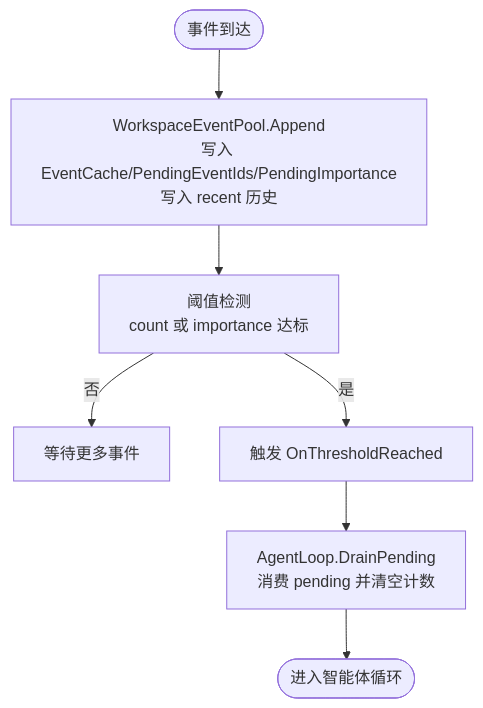
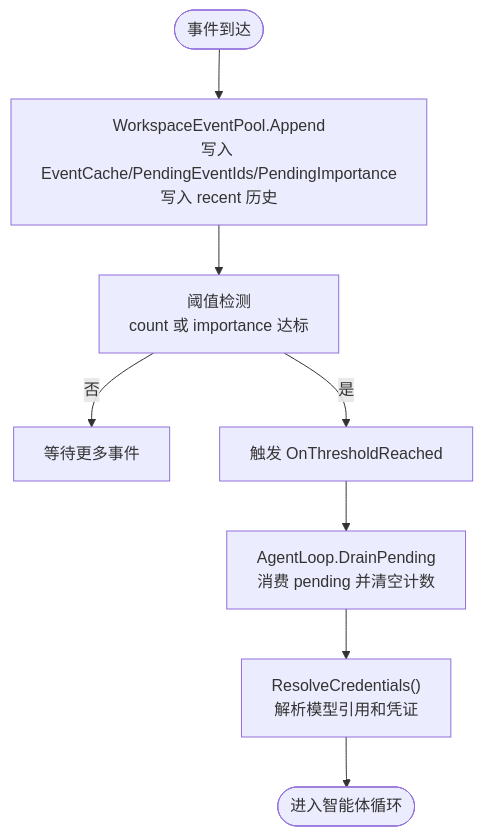
Before and after one commit to suzvka/NPCLife: the third of 6 diagrams in .qoder/repowiki/zh/content/多智能体系统/智能体协作机制.md, drawn with Mermaid. The commit also changed other lines of this file and 11 other files, not shown here.

````diff
--- a/.qoder/repowiki/zh/content/多智能体系统/智能体协作机制.md
+++ b/.qoder/repowiki/zh/content/多智能体系统/智能体协作机制.md
@@ -172,9 +214,10 @@
 ```mermaid
 flowchart TD
 Start(["事件到达"]) --> Append["WorkspaceEventPool.Append<br/>写入 EventCache/PendingEventIds/PendingImportance<br/>写入 recent 历史"]
 Append --> Check["阈值检测<br/>count 或 importance 达标"]
 Check --> |否| Wait["等待更多事件"]
 Check --> |是| Fire["触发 OnThresholdReached"]
 Fire --> Drain["AgentLoop.DrainPending<br/>消费 pending 并清空计数"]
-Drain --> Done(["进入智能体循环"])
+Drain --> ResolveCred["ResolveCredentials()<br/>解析模型引用和凭证"]
+ResolveCred --> Done(["进入智能体循环"])
 ```
````
